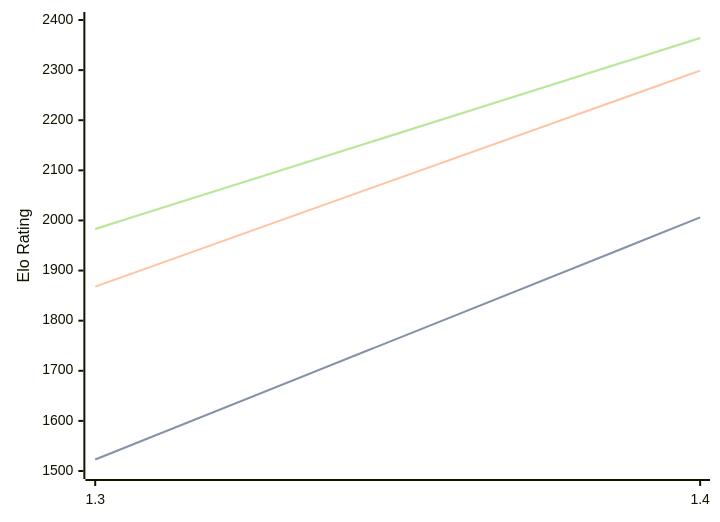
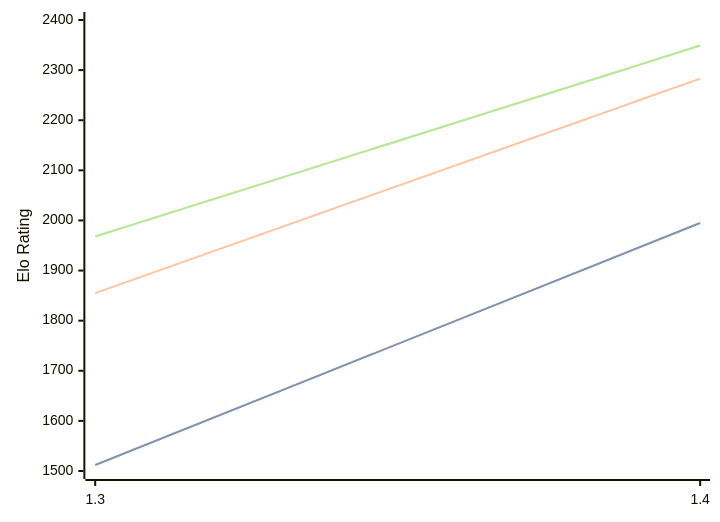
Before and after one commit to computer-chess-index/cci: the diagram in engines/Facon.md, drawn with Mermaid. The commit also changed other lines of this file, not shown here.

Commit message:
Update CCI Ratings (ELO VLTC) - 2026-05-20

````diff
--- a/engines/Facon.md
+++ b/engines/Facon.md
@@ -35,11 +35,11 @@
 ```mermaid
 %%{init: {"theme":"base","themeVariables":{"seriesColors:['#a3a3a3','#222221','#faa371']}}}%%
 xychart-beta
   x-axis ["1.3", "1.4"]
   y-axis "Elo Rating" 1500 --> 2400
-  line "STC (8.0+0.08s)" [1523, 2006]
-  line "STC (8.0+0.08s)" [1523, 2006]
-  line "LTC (60.0+0.60s)" [1868, 2299]
-  line "VLTC (2m24s+1.12s)" [1983, 2364]
-  line "VLTC (2m24s+1.12s)" [1983, 2364]
+  line "STC (8.0+0.08s)" [1512, 1995]
+  line "STC (8.0+0.08s)" [1512, 1995]
+  line "LTC (60.0+0.60s)" [1855, 2283]
+  line "VLTC (2m24s+1.12s)" [1968, 2349]
+  line "VLTC (2m24s+1.12s)" [1968, 2349]
 ```
````
